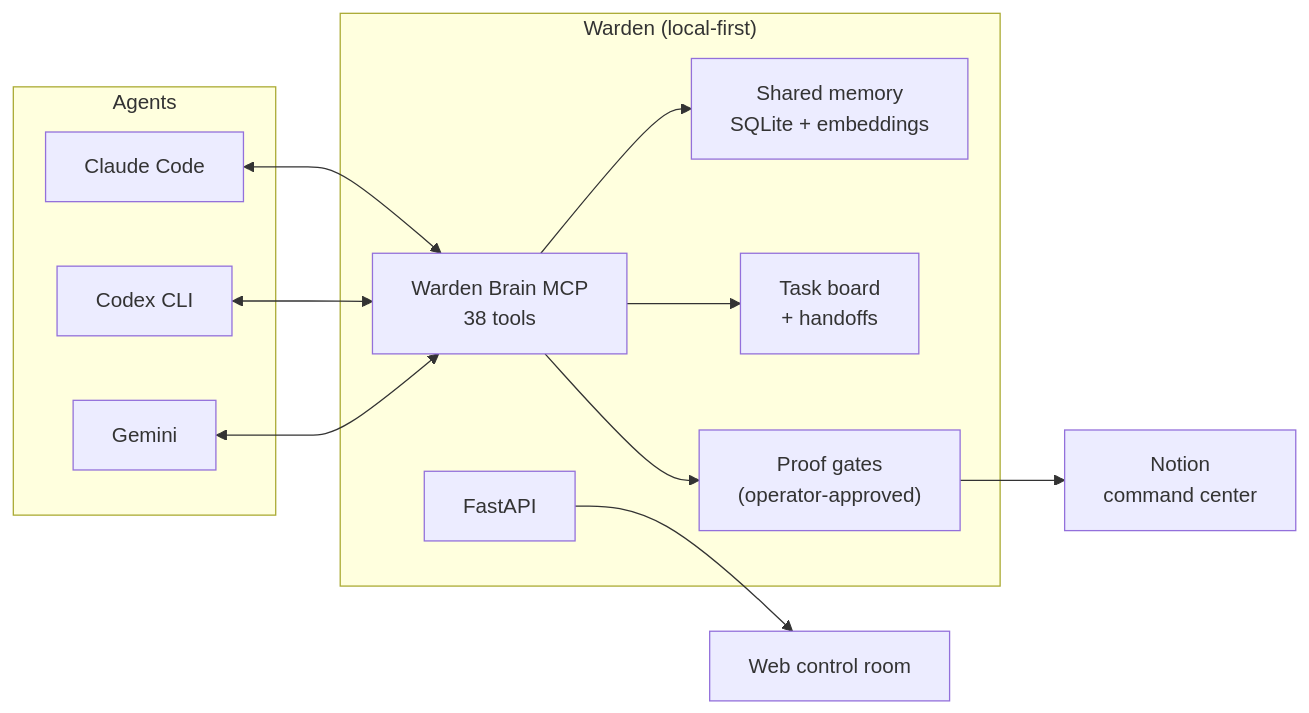
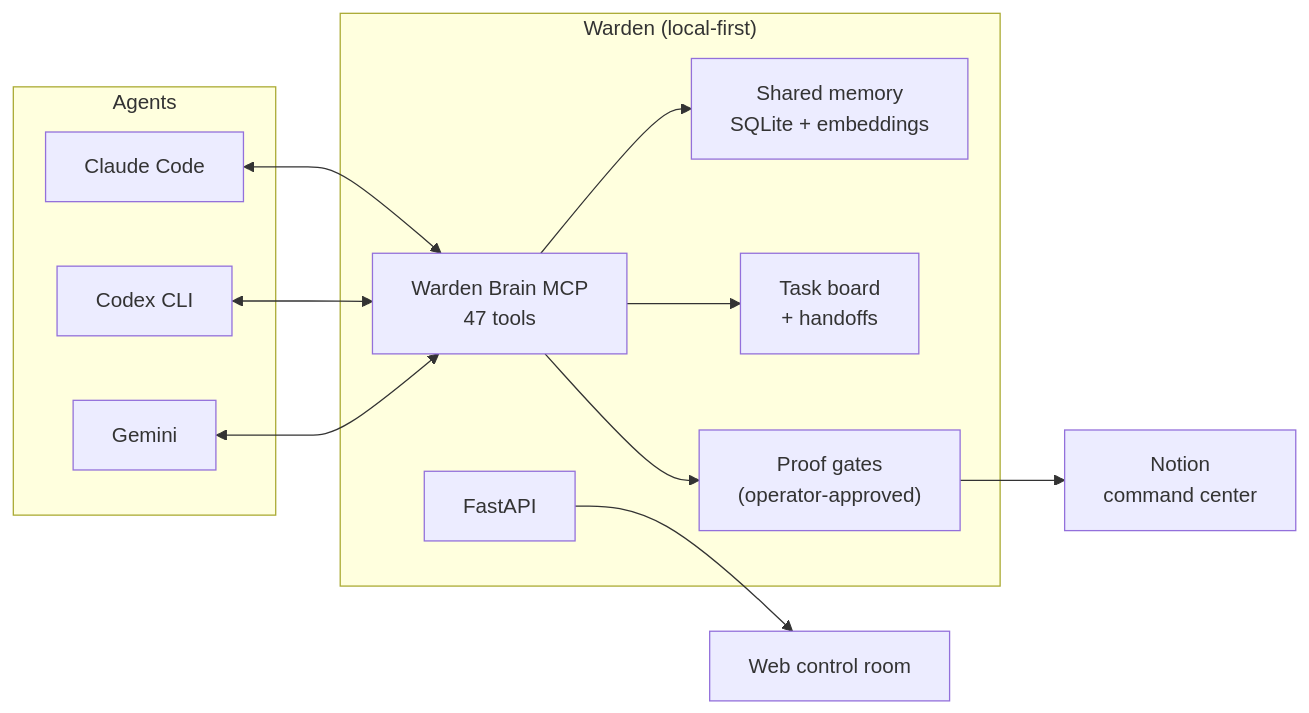
The diagram in README.md (matthewjmcbridejr-code/Warden), drawn with Mermaid before and after one commit. The commit also changed other lines of this file and 8 other files, not shown here.

First line of the commit message:
feat(warden): stdio-first MCP docs, semantic-search degradation notes, repo hygiene

````diff
--- a/README.md
+++ b/README.md
@@ -19,22 +22,22 @@
 ```mermaid
 flowchart LR
   subgraph Agents
     CC[Claude Code]
     CX[Codex CLI]
     GM[Gemini]
   end
   subgraph Warden["Warden (local-first)"]
-    MCP["Warden Brain MCP<br/>38 tools"]
+    MCP["Warden Brain MCP<br/>47 tools"]
     MEM["Shared memory<br/>SQLite + embeddings"]
     BOARD["Task board<br/>+ handoffs"]
     GATE["Proof gates<br/>(operator-approved)"]
     API["FastAPI"]
   end
   UI["Web control room"]
   NOTION["Notion<br/>command center"]
 
   CC & CX & GM <--> MCP
   MCP --> MEM & BOARD & GATE
   API --> UI
   GATE --> NOTION
 ```
````
